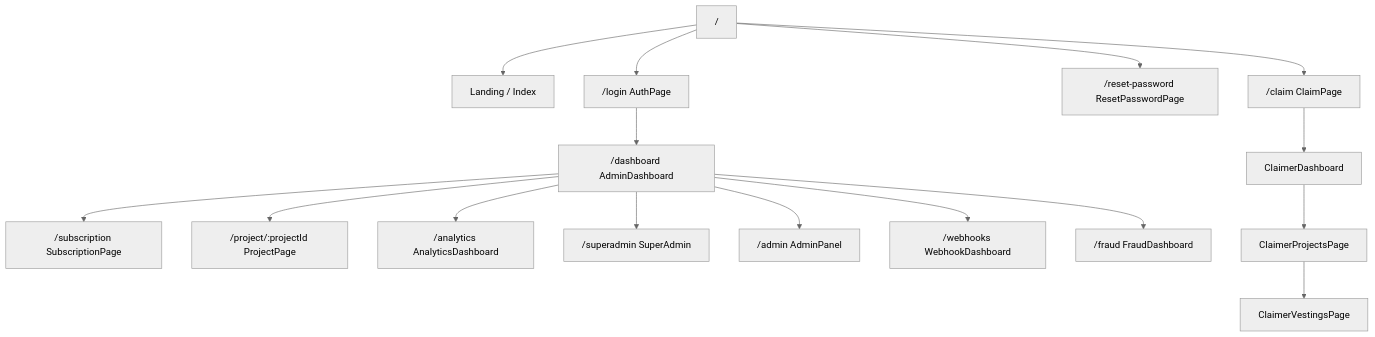
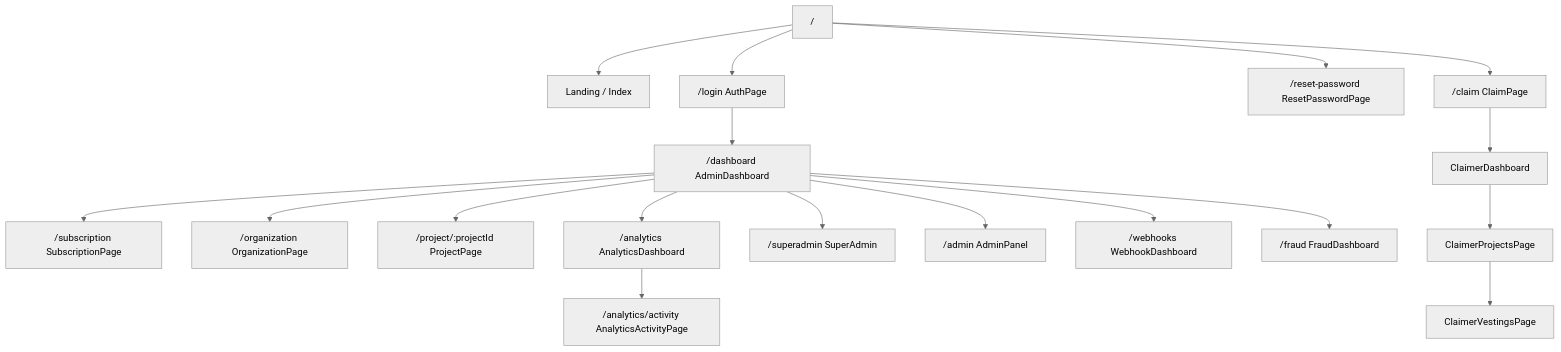
One commit to TheGodlike7/vestingapp changed the first of 10 diagrams in DESIGN_MAP.md. Above: the diagram before and after it, drawn with Mermaid (neutral theme). The commit also changed other lines of this file and 30 other files, not shown here.

````diff
--- a/DESIGN_MAP.md
+++ b/DESIGN_MAP.md
@@ -15,20 +15,22 @@
 ```mermaid
 flowchart TD
   Root["/"] --> Landing["Landing / Index"]
   Root --> Login["/login AuthPage"]
   Root --> Reset["/reset-password ResetPasswordPage"]
 
   Login --> Dashboard["/dashboard AdminDashboard"]
   Dashboard --> Subscription["/subscription SubscriptionPage"]
+  Dashboard --> Organization["/organization OrganizationPage"]
   Dashboard --> Project["/project/:projectId ProjectPage"]
   Dashboard --> Analytics["/analytics AnalyticsDashboard"]
+  Analytics --> BackendActivity["/analytics/activity AnalyticsActivityPage"]
   Dashboard --> SuperAdmin["/superadmin SuperAdmin"]
   Dashboard --> AdminPanel["/admin AdminPanel"]
   Dashboard --> Webhooks["/webhooks WebhookDashboard"]
   Dashboard --> Fraud["/fraud FraudDashboard"]
 
   Root --> Claim["/claim ClaimPage"]
   Claim --> ClaimerOrgs["ClaimerDashboard"]
   ClaimerOrgs --> ClaimerProjects["ClaimerProjectsPage"]
   ClaimerProjects --> ClaimerVestings["ClaimerVestingsPage"]
 ```
````
